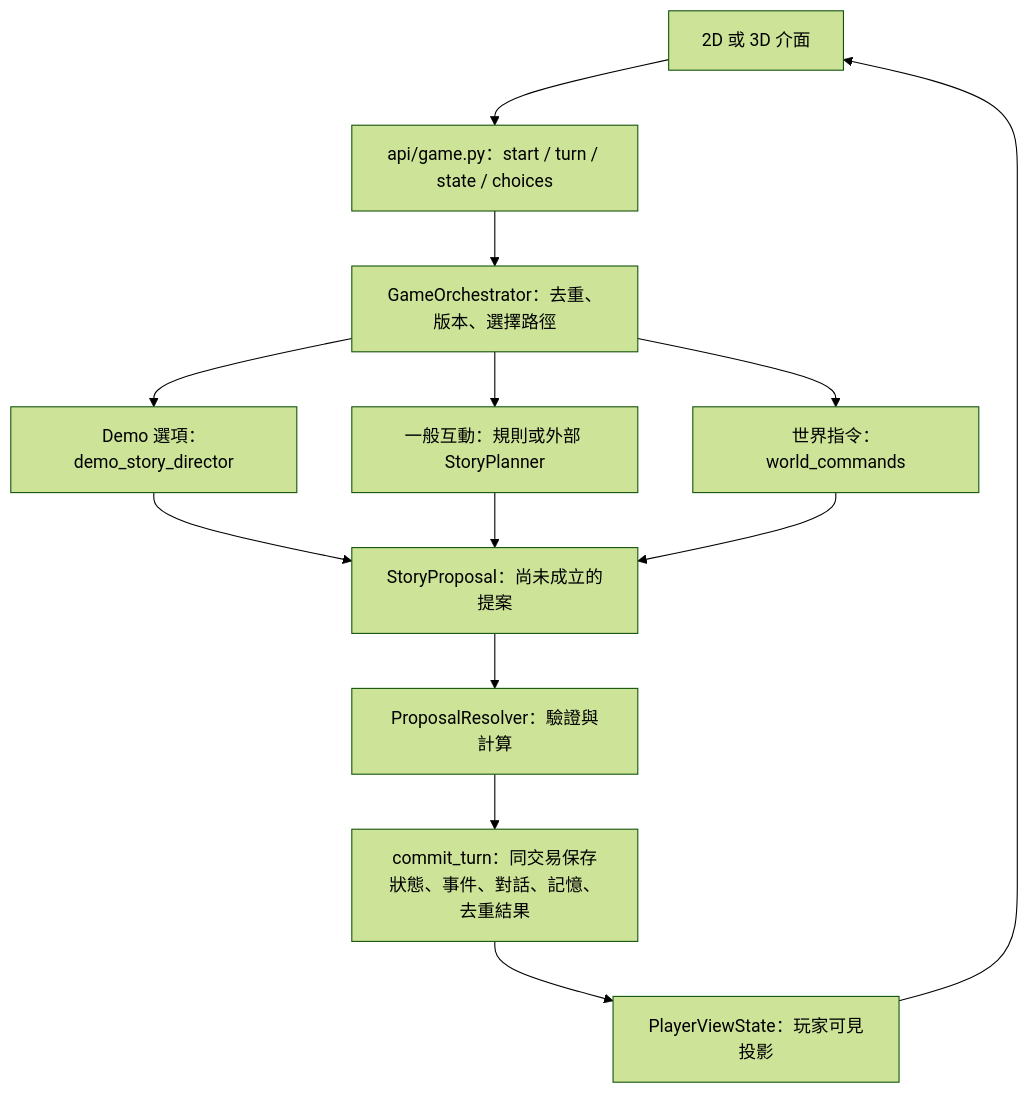
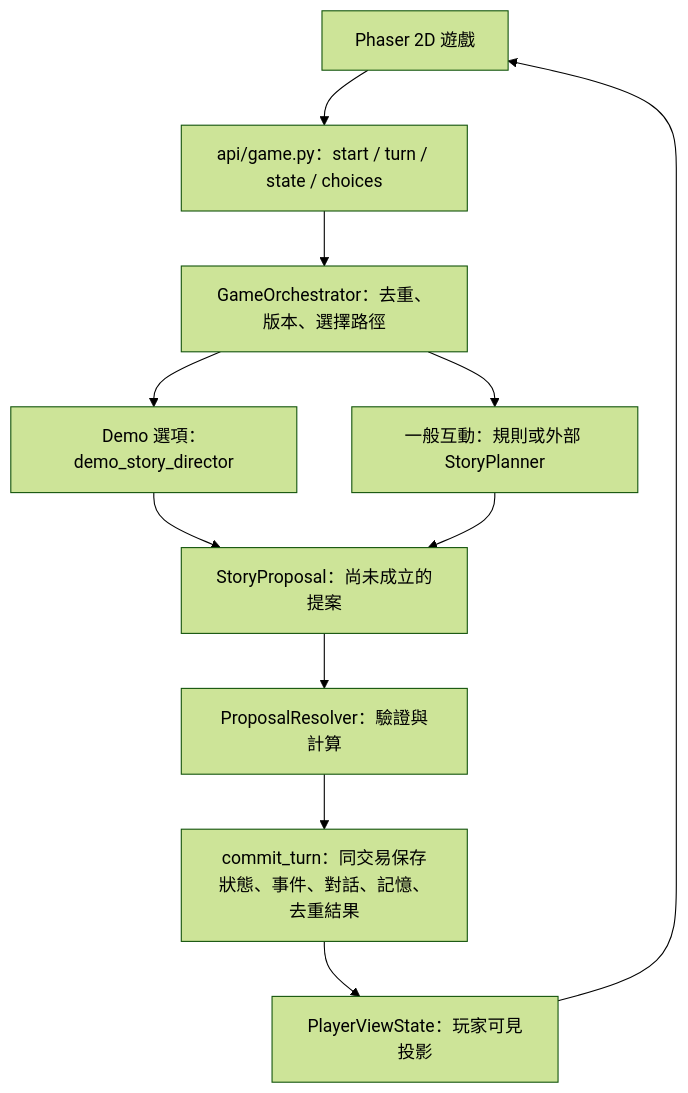
One commit to sophia112306/rag-npc-game changed the second of 2 diagrams in README.md. Above: the diagram before and after it, drawn with Mermaid (forest theme). The commit also changed other lines of this file and 21 other files, not shown here.

Commit message:
fix(game): polish 2D controls and document verified scene flow

````diff
--- a/README.md
+++ b/README.md
@@ -169,15 +160,13 @@
 ```mermaid
 flowchart TD
-    UI[2D 或 3D 介面] --> API[api/game.py：start / turn / state / choices]
+    UI[Phaser 2D 遊戲] --> API[api/game.py：start / turn / state / choices]
     API --> O[GameOrchestrator：去重、版本、選擇路徑]
     O --> D[Demo 選項：demo_story_director]
     O --> P[一般互動：規則或外部 StoryPlanner]
-    O --> W[世界指令：world_commands]
     D --> S[StoryProposal：尚未成立的提案]
     P --> S
-    W --> S
     S --> R[ProposalResolver：驗證與計算]
     R --> DB[commit_turn：同交易保存狀態、事件、對話、記憶、去重結果]
     DB --> V[PlayerViewState：玩家可見投影]
     V --> UI
 ```
````
